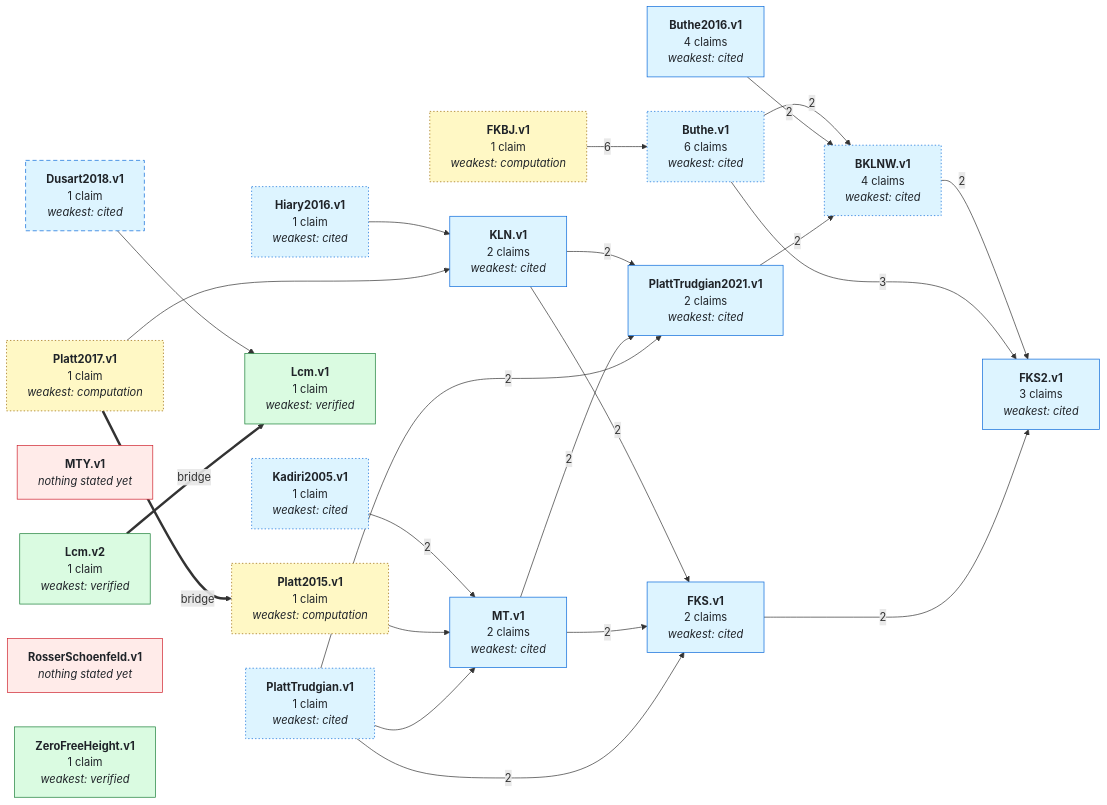
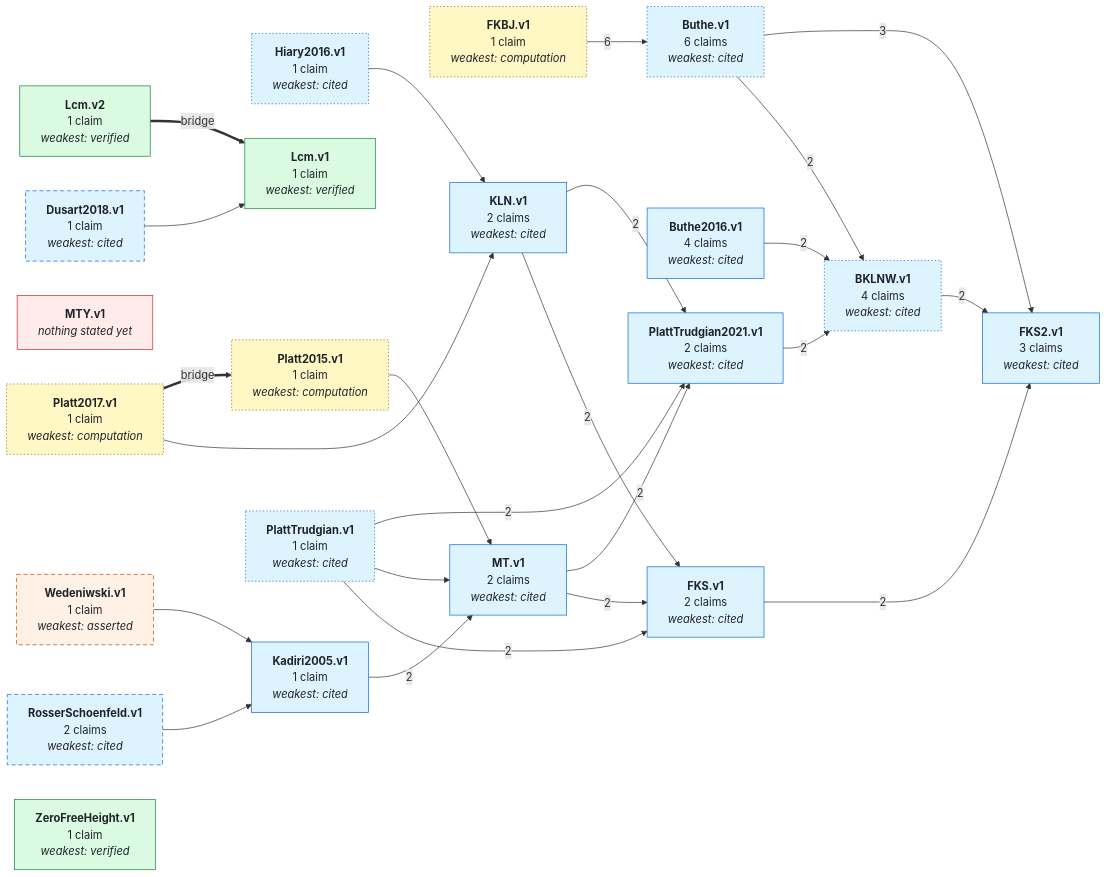
One commit to teorth/IEANTN changed the first of 2 diagrams in GRAPH.md. Above: the diagram before and after it, drawn with Mermaid. The commit also changed other lines of this file and 17 other files, not shown here.

First line of the commit message:
Rosser-Schoenfeld, Wedeniwski, and Kadiri2005 at first hand

```diff
--- a/GRAPH.md
+++ b/GRAPH.md
@@ -60,7 +60,8 @@
   NPlatt2017_v1["<b>Platt2017.v1</b><br/>1 claim<br/><i>weakest: computation</i>"]
   NPlattTrudgian_v1["<b>PlattTrudgian.v1</b><br/>1 claim<br/><i>weakest: cited</i>"]
   NPlattTrudgian2021_v1["<b>PlattTrudgian2021.v1</b><br/>2 claims<br/><i>weakest: cited</i>"]
-  NRosserSchoenfeld_v1["<b>RosserSchoenfeld.v1</b><br/><i>nothing stated yet</i>"]
+  NRosserSchoenfeld_v1["<b>RosserSchoenfeld.v1</b><br/>2 claims<br/><i>weakest: cited</i>"]
+  NWedeniwski_v1["<b>Wedeniwski.v1</b><br/>1 claim<br/><i>weakest: asserted</i>"]
   NZeroFreeHeight_v1["<b>ZeroFreeHeight.v1</b><br/>1 claim<br/><i>weakest: verified</i>"]
   NBKLNW_v1 -->|2| NFKS2_v1
   NButhe_v1 -->|2| NBKLNW_v1
@@ -81,6 +82,8 @@
   NPlattTrudgian_v1 --> NMT_v1
   NPlattTrudgian_v1 -->|2| NPlattTrudgian2021_v1
   NPlattTrudgian2021_v1 -->|2| NBKLNW_v1
+  NRosserSchoenfeld_v1 --> NKadiri2005_v1
+  NWedeniwski_v1 --> NKadiri2005_v1
   NLcm_v2 ==>|bridge| NLcm_v1
   NPlatt2017_v1 ==>|bridge| NPlatt2015_v1
   style NBKLNW_v1 stroke-dasharray: 2 3;
@@ -88,12 +91,14 @@
   style NDusart2018_v1 stroke-dasharray: 6 4;
   style NFKBJ_v1 stroke-dasharray: 2 3;
   style NHiary2016_v1 stroke-dasharray: 2 3;
-  style NKadiri2005_v1 stroke-dasharray: 2 3;
   style NPlatt2015_v1 stroke-dasharray: 2 3;
   style NPlatt2017_v1 stroke-dasharray: 2 3;
   style NPlattTrudgian_v1 stroke-dasharray: 2 3;
-  class NMTY_v1,NRosserSchoenfeld_v1 none_yet;
-  class NBKLNW_v1,NButhe_v1,NButhe2016_v1,NDusart2018_v1,NFKS_v1,NFKS2_v1,NHiary2016_v1,NKLN_v1,NKadiri2005_v1,NMT_v1,NPlattTrudgian_v1,NPlattTrudgian2021_v1 literature;
+  style NRosserSchoenfeld_v1 stroke-dasharray: 6 4;
+  style NWedeniwski_v1 stroke-dasharray: 6 4;
+  class NMTY_v1 none_yet;
+  class NWedeniwski_v1 asserted;
+  class NBKLNW_v1,NButhe_v1,NButhe2016_v1,NDusart2018_v1,NFKS_v1,NFKS2_v1,NHiary2016_v1,NKLN_v1,NKadiri2005_v1,NMT_v1,NPlattTrudgian_v1,NPlattTrudgian2021_v1,NRosserSchoenfeld_v1 literature;
   class NFKBJ_v1,NPlatt2015_v1,NPlatt2017_v1 numerical;
   class NLcm_v1,NLcm_v2,NZeroFreeHeight_v1 lean_comparator;
   click NBKLNW_v1 href "https://github.com/teorth/IEANTN/blob/main/docs/nodes/BKLNW-v1.md" _blank
@@ -113,6 +118,8 @@
   click NPlatt2017_v1 href "https://github.com/teorth/IEANTN/blob/main/docs/nodes/Platt2017-v1.md" _blank
   click NPlattTrudgian_v1 href "https://github.com/teorth/IEANTN/blob/main/docs/nodes/PlattTrudgian-v1.md" _blank
   click NPlattTrudgian2021_v1 href "https://github.com/teorth/IEANTN/blob/main/docs/nodes/PlattTrudgian2021-v1.md" _blank
+  click NRosserSchoenfeld_v1 href "https://github.com/teorth/IEANTN/blob/main/docs/nodes/RosserSchoenfeld-v1.md" _blank
+  click NWedeniwski_v1 href "https://github.com/teorth/IEANTN/blob/main/docs/nodes/Wedeniwski-v1.md" _blank
   click NZeroFreeHeight_v1 href "https://github.com/teorth/IEANTN/blob/main/docs/nodes/ZeroFreeHeight-v1.md" _blank
   classDef lean_comparator fill:#dafbe1,stroke:#1a7f37,color:#1f2328;
   classDef numerical fill:#fff8c5,stroke:#9a6700,color:#1f2328;
```
